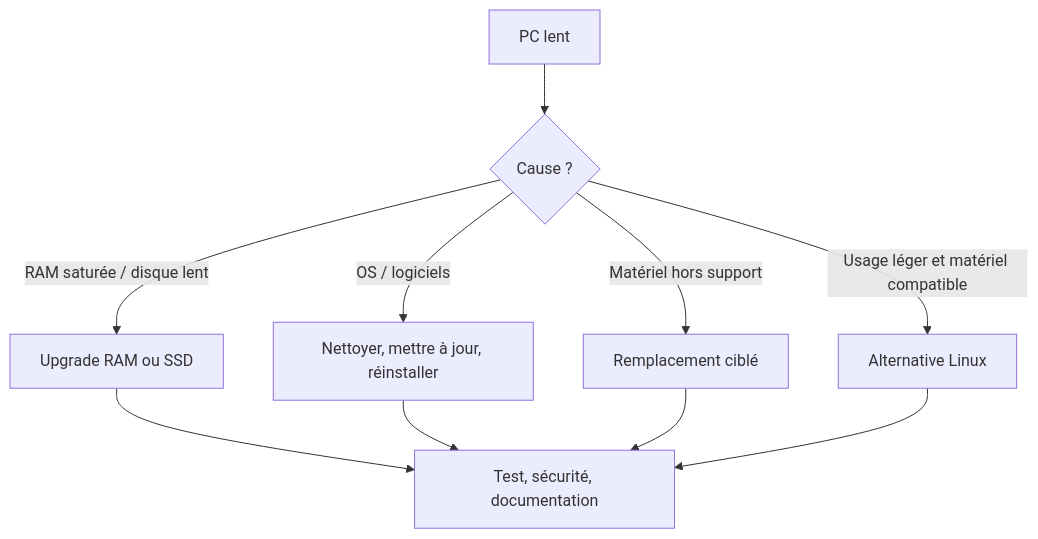
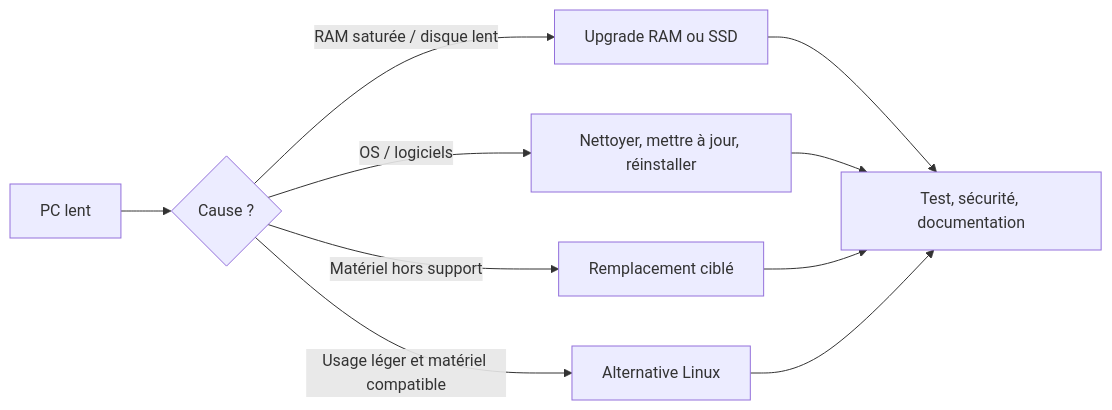
The third of 6 diagrams in slides.md (Skillforge-IT/RSE), drawn with Mermaid before and after one commit. The commit also changed other lines of this file, not shown here.

````diff
--- a/slides.md
+++ b/slides.md
@@ -288,12 +273,12 @@
 ```mermaid {scale: 0.50}
-flowchart TD
+flowchart LR
  A[PC lent] --> B{Cause ?}
  B -->|RAM saturée / disque lent| C[Upgrade RAM ou SSD]
  B -->|OS / logiciels| D[Nettoyer, mettre à jour, réinstaller]
  B -->|Matériel hors support| E[Remplacement ciblé]
  B -->|Usage léger et matériel compatible| F[Alternative Linux]
  C --> G[Test, sécurité, documentation]
  D --> G
  E --> G
  F --> G
 ```
````
